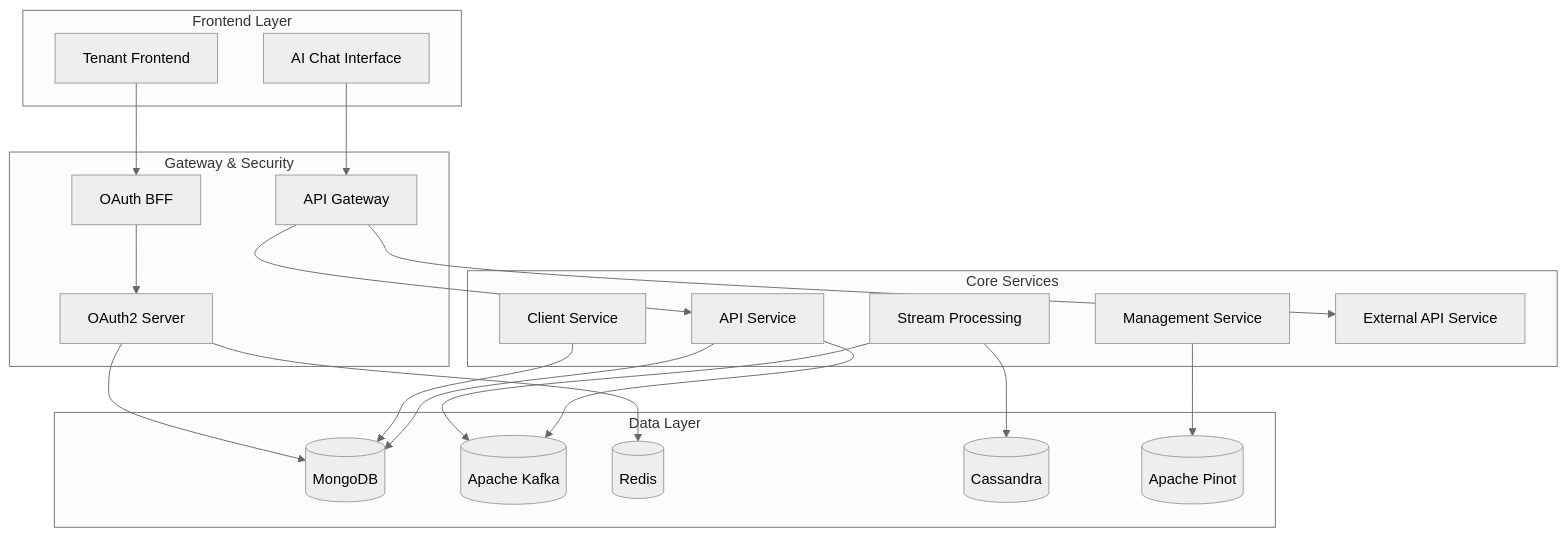
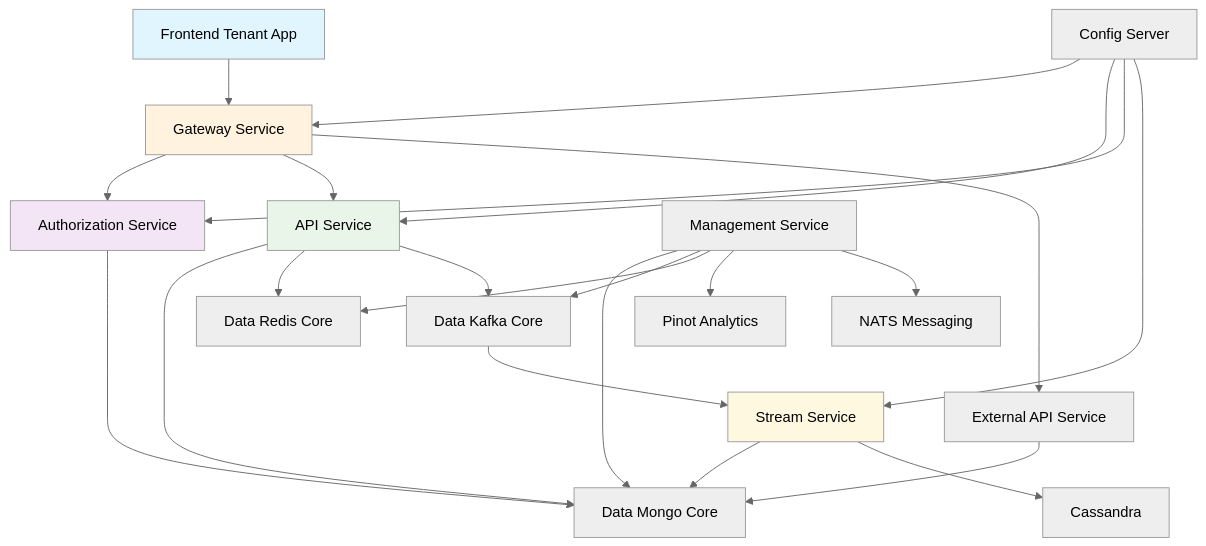
Before and after one commit to Praesto-Pro/openframe-oss-tenant: the diagram in README.md, drawn with Mermaid (neutral theme). The commit also changed other lines of this file and 174 other files, not shown here.

````diff
--- a/README.md
+++ b/README.md
@@ -72,45 +57,35 @@
 ```mermaid
 flowchart TD
-    subgraph "Frontend Layer"
-        TenantUI[Tenant Frontend]
-        ChatUI[AI Chat Interface]
-    end
-    
-    subgraph "Gateway & Security"
-        Gateway[API Gateway]
-        AuthServer[OAuth2 Server]
-        OAuthBFF[OAuth BFF]
-    end
-    
-    subgraph "Core Services"
-        ApiService[API Service]
-        StreamService[Stream Processing]
-        ManagementService[Management Service]
-        ClientService[Client Service]
-        ExternalAPI[External API Service]
-    end
-    
-    subgraph "Data Layer"
-        MongoDB[(MongoDB)]
-        Kafka[(Apache Kafka)]
-        Redis[(Redis)]
-        Cassandra[(Cassandra)]
-        Pinot[(Apache Pinot)]
-    end
-    
-    TenantUI --> OAuthBFF
-    ChatUI --> Gateway
-    OAuthBFF --> AuthServer
-    Gateway --> ApiService
-    Gateway --> ExternalAPI
-    
-    ApiService --> MongoDB
-    ApiService --> Kafka
-    StreamService --> Kafka
-    StreamService --> Cassandra
-    ManagementService --> Pinot
-    ClientService --> MongoDB
-    
-    AuthServer --> MongoDB
-    AuthServer --> Redis
+    User["Frontend Tenant App"] --> Gateway["Gateway Service"]
+    Gateway --> Authz["Authorization Service"]
+    Gateway --> Api["API Service"]
+    Gateway --> ExternalApi["External API Service"]
+
+    Api --> Mongo["Data Mongo Core"]
+    Api --> Redis["Data Redis Core"]
+    Api --> Kafka["Data Kafka Core"]
+
+    ExternalApi --> Mongo
+    Authz --> Mongo
+
+    Kafka --> Stream["Stream Service"]
+    Stream --> Mongo
+    Stream --> Cassandra["Cassandra"]
+
+    Management["Management Service"] --> Mongo
+    Management --> Kafka
+    Management --> Redis
+    Management --> Pinot["Pinot Analytics"]
+    Management --> NATS["NATS Messaging"]
+
+    Config["Config Server"] --> Gateway
+    Config --> Api
+    Config --> Authz
+    Config --> Stream
+
+    style User fill:#e1f5fe
+    style Gateway fill:#fff3e0
+    style Authz fill:#f3e5f5
+    style Api fill:#e8f5e8
+    style Stream fill:#fff8e1
 ```
````
